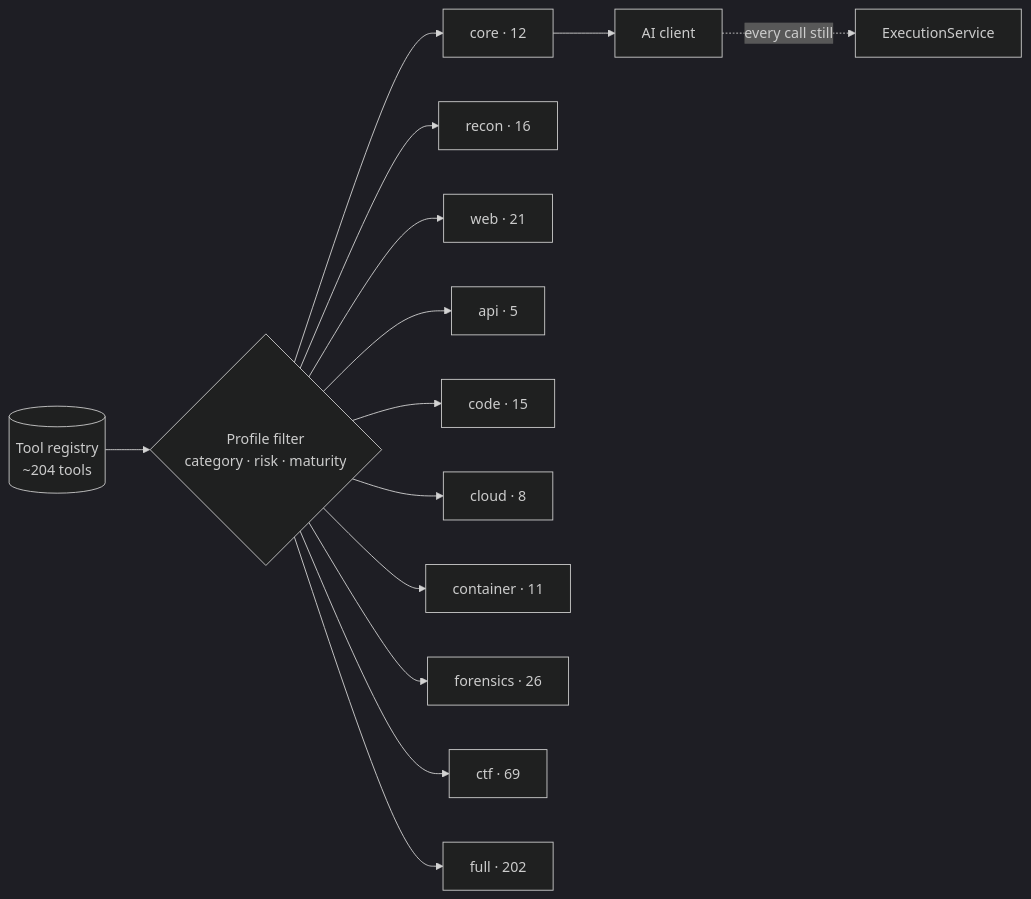
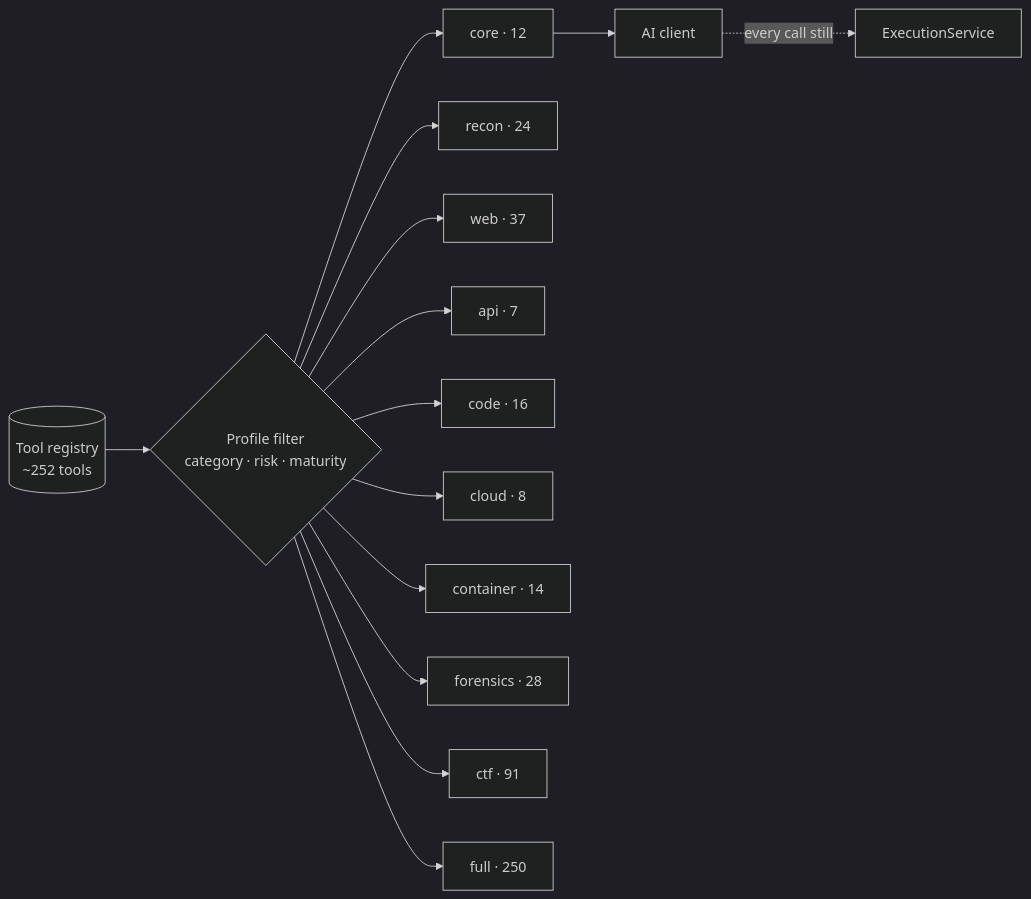
Before and after one commit to Arseno25/nexhunter: the sixth of 6 diagrams in docs/architecture.md, drawn with Mermaid (dark theme). The commit also changed other lines of this file and 8 other files, not shown here.

First line of the commit message:
Expand registry to 252 tools, add browser agent with graceful fallback

````diff
--- a/docs/architecture.md
+++ b/docs/architecture.md
@@ -196,17 +196,17 @@
 ```mermaid
 flowchart LR
-    REG[(Tool registry<br/>~204 tools)] --> F{Profile filter<br/>category · risk · maturity}
+    REG[(Tool registry<br/>~252 tools)] --> F{Profile filter<br/>category · risk · maturity}
     F --> C[core · 12]
-    F --> RC[recon · 16]
-    F --> W[web · 21]
-    F --> AP[api · 5]
-    F --> CD[code · 15]
+    F --> RC[recon · 24]
+    F --> W[web · 37]
+    F --> AP[api · 7]
+    F --> CD[code · 16]
     F --> CL[cloud · 8]
-    F --> CT[container · 11]
-    F --> FR[forensics · 26]
-    F --> CTF[ctf · 69]
-    F --> FU[full · 202]
+    F --> CT[container · 14]
+    F --> FR[forensics · 28]
+    F --> CTF[ctf · 91]
+    F --> FU[full · 250]
 
     C --> CLIENT[AI client]
     CLIENT -.->|every call still| SVC[ExecutionService]
 ```
````
